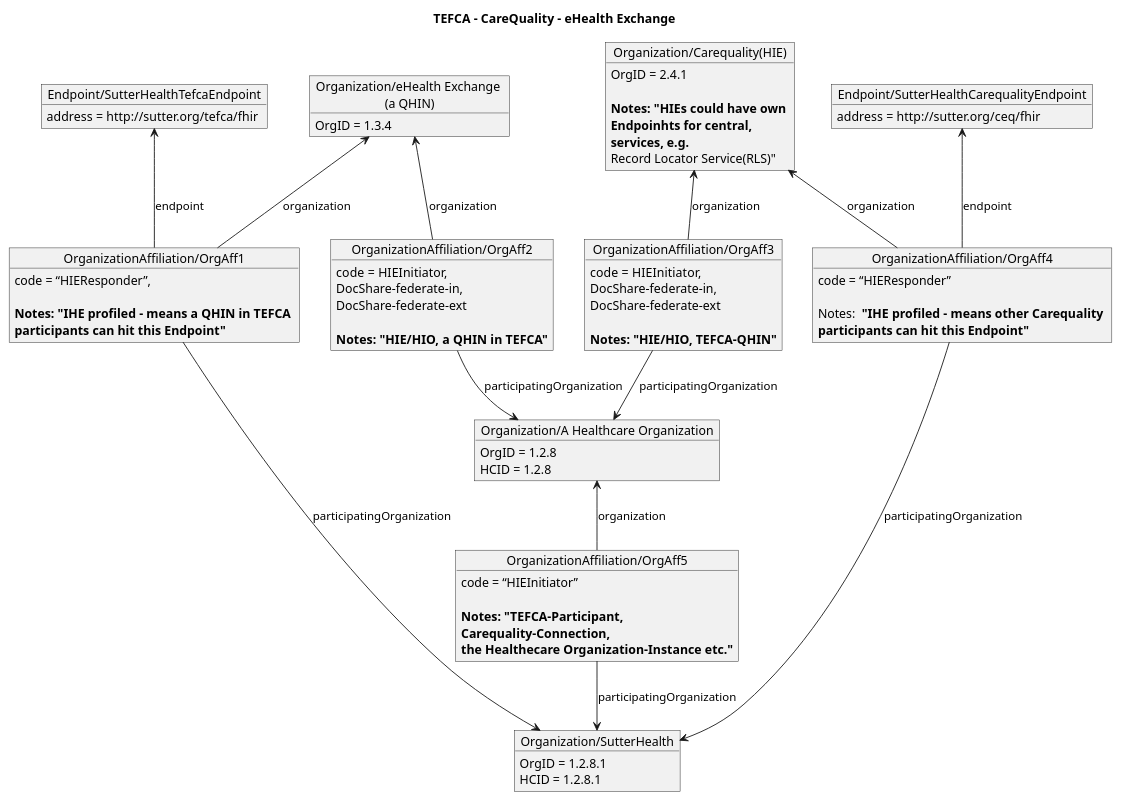
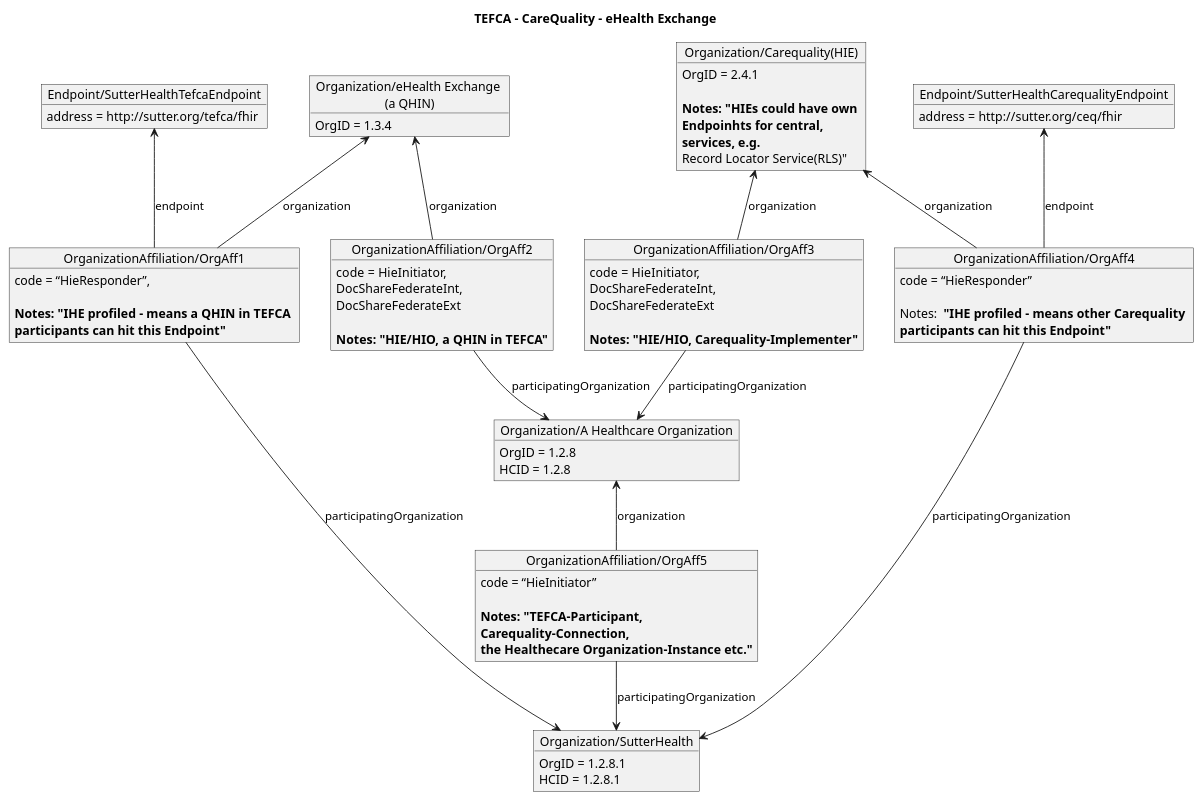
The diagram in input/images-source/OrganizationAffiliationIHE4.plantuml (HL7/fhir-us-ndh), drawn with PlantUML before and after one commit. The commit also changed 4 other files, not shown here.

```diff
--- a/input/images-source/OrganizationAffiliationIHE4.plantuml
+++ b/input/images-source/OrganizationAffiliationIHE4.plantuml
@@ -1,59 +1,59 @@
 @startuml 
 
 title "TEFCA - CareQuality - eHealth Exchange"
 object "Organization/eHealth Exchange \n(a QHIN)" as tefca
 tefca : OrgID = 1.3.4
 
 object "Endpoint/SutterHealthTefcaEndpoint" as tefcaEp
 tefcaEp : address = http://sutter.org/tefca/fhir
 
 object "Organization/Carequality(HIE)" as carequality
 carequality : OrgID = 2.4.1\n
 carequality : <b>Notes: "HIEs could have own \n<b>Endpoinhts for central, \n<b>services, e.g. \nRecord Locator Service(RLS)"
 
 object "Endpoint/SutterHealthCarequalityEndpoint" as carequalityEp
 carequalityEp : address = http://sutter.org/ceq/fhir
 
 object "Organization/SutterHealth" as sutter
 sutter : OrgID = 1.2.8.1
 sutter : HCID = 1.2.8.1
 
 object "OrganizationAffiliation/OrgAff1" as OrgAff1
-OrgAff1 : code = “HIEResponder”, \n
+OrgAff1 : code = “HieResponder”, \n
 OrgAff1 : <b>Notes: "IHE profiled - means a QHIN in TEFCA \n<b>participants can hit this Endpoint"
 OrgAff1 -down-> sutter : participatingOrganization
 OrgAff1 -up-> tefca : organization
 OrgAff1 -up-> tefcaEp : endpoint
 
 object "OrganizationAffiliation/OrgAff2" as OrgAff2
-OrgAff2 : code = HIEInitiator, \nDocShare-federate-in, \nDocShare-federate-ext\n
+OrgAff2 : code = HieInitiator, \nDocShareFederateInt, \nDocShareFederateExt\n
 OrgAff2 : <b>Notes: "HIE/HIO, a QHIN in TEFCA"</b>
 OrgAff2 -up-> tefca : organization
 
 
 object "Organization/A Healthcare Organization" as epic 
 epic : OrgID = 1.2.8
 epic : HCID = 1.2.8
 OrgAff2 -down-> epic : participatingOrganization
 
 object "OrganizationAffiliation/OrgAff3" as OrgAff3
-OrgAff3 : code = HIEInitiator,\nDocShare-federate-in, \nDocShare-federate-ext \n
-OrgAff3 : <b>Notes: "HIE/HIO, TEFCA-QHIN"</b>
+OrgAff3 : code = HieInitiator,\nDocShareFederateInt, \nDocShareFederateExt \n
+OrgAff3 : <b>Notes: "HIE/HIO, Carequality-Implementer"</b>
 OrgAff3 -down-> epic : participatingOrganization
 OrgAff3 -up-> carequality : organization
 
 object "OrganizationAffiliation/OrgAff4" as OrgAff4
-OrgAff4 : code = “HIEResponder”\n
+OrgAff4 : code = “HieResponder”\n
 OrgAff4 : Notes: <b> "IHE profiled - means other Carequality \n<b>participants can hit this Endpoint"
 OrgAff4 -down-> sutter : participatingOrganization
 OrgAff4 -up-> carequality : organization
 OrgAff4 -up-> carequalityEp : endpoint
 
 object "OrganizationAffiliation/OrgAff5" as OrgAff5
-OrgAff5 : code = “HIEInitiator”\n
+OrgAff5 : code = “HieInitiator”\n
 OrgAff5 : <b>Notes: "TEFCA-Participant, \n<b>Carequality-Connection, \n<b>the Healthecare Organization-Instance etc."
 OrgAff5 -up-> epic : organization
 OrgAff5 -down-> sutter : participatingOrganization
 
 
 @enduml
```
